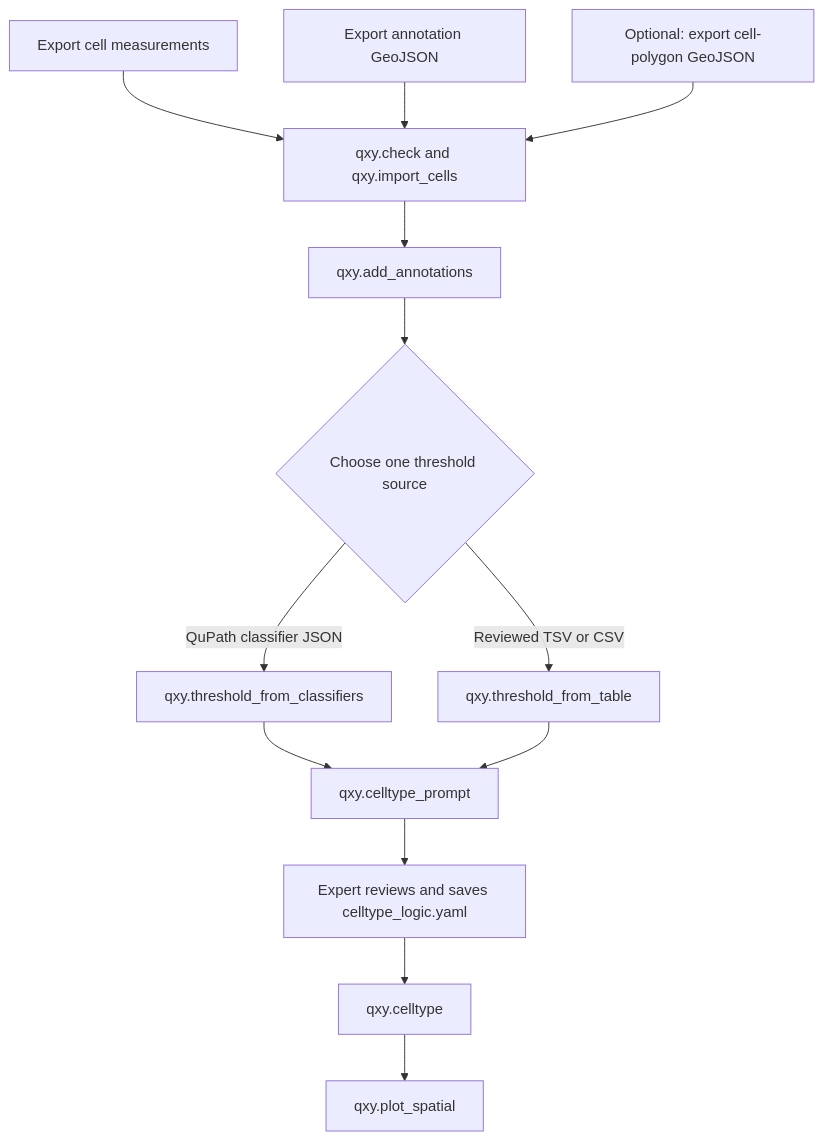
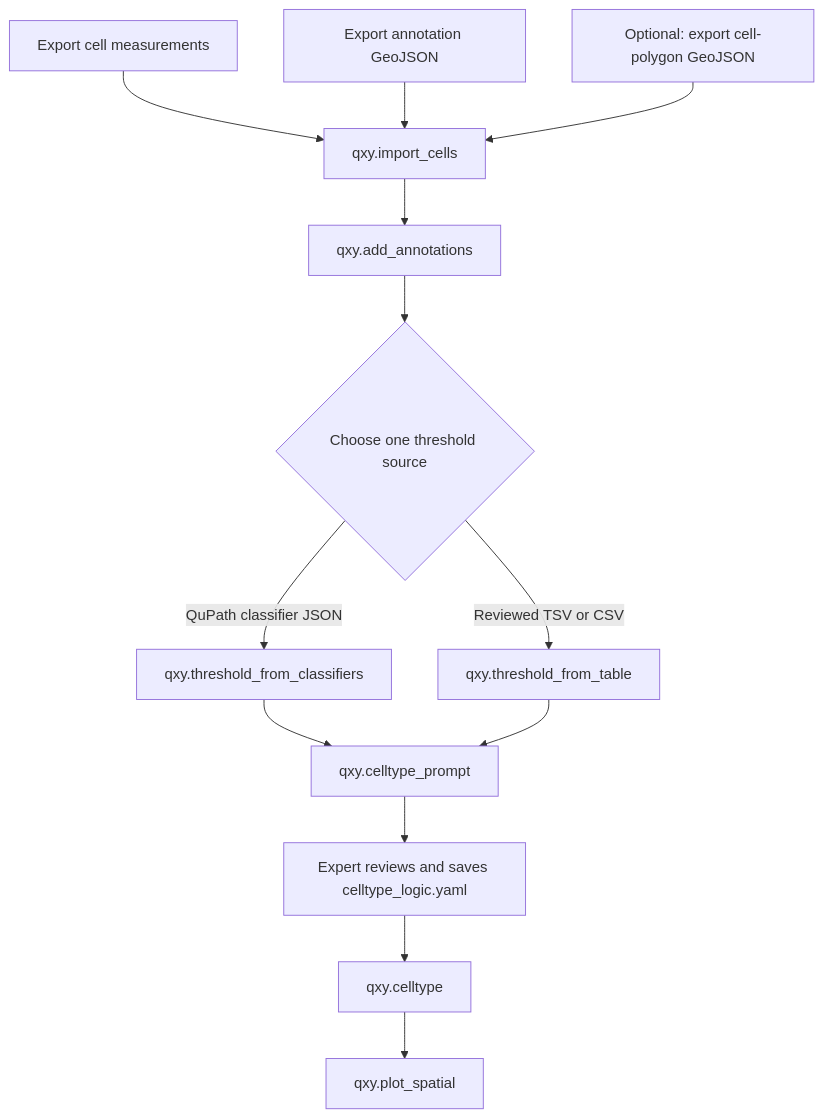
One commit to jsonmad/QXYCell changed the diagram in docs/qupath_quick_start.md. Above: the diagram before and after it, drawn with Mermaid. The commit also changed other lines of this file and 9 other files, not shown here.

````diff
--- a/docs/qupath_quick_start.md
+++ b/docs/qupath_quick_start.md
@@ -111,15 +149,15 @@
 ```mermaid
 flowchart TD
-    A[Export cell measurements] --> D[qxy.check and qxy.import_cells]
+    A[Export cell measurements] --> D[qxy.import_cells]
     B[Export annotation GeoJSON] --> D
     C[Optional: export cell-polygon GeoJSON] --> D
     D --> E[qxy.add_annotations]
     E --> F{Choose one threshold source}
     F -->|QuPath classifier JSON| G[qxy.threshold_from_classifiers]
     F -->|Reviewed TSV or CSV| H[qxy.threshold_from_table]
     G --> I[qxy.celltype_prompt]
     H --> I
     I --> J[Expert reviews and saves celltype_logic.yaml]
     J --> K[qxy.celltype]
     K --> L[qxy.plot_spatial]
 ```
````
